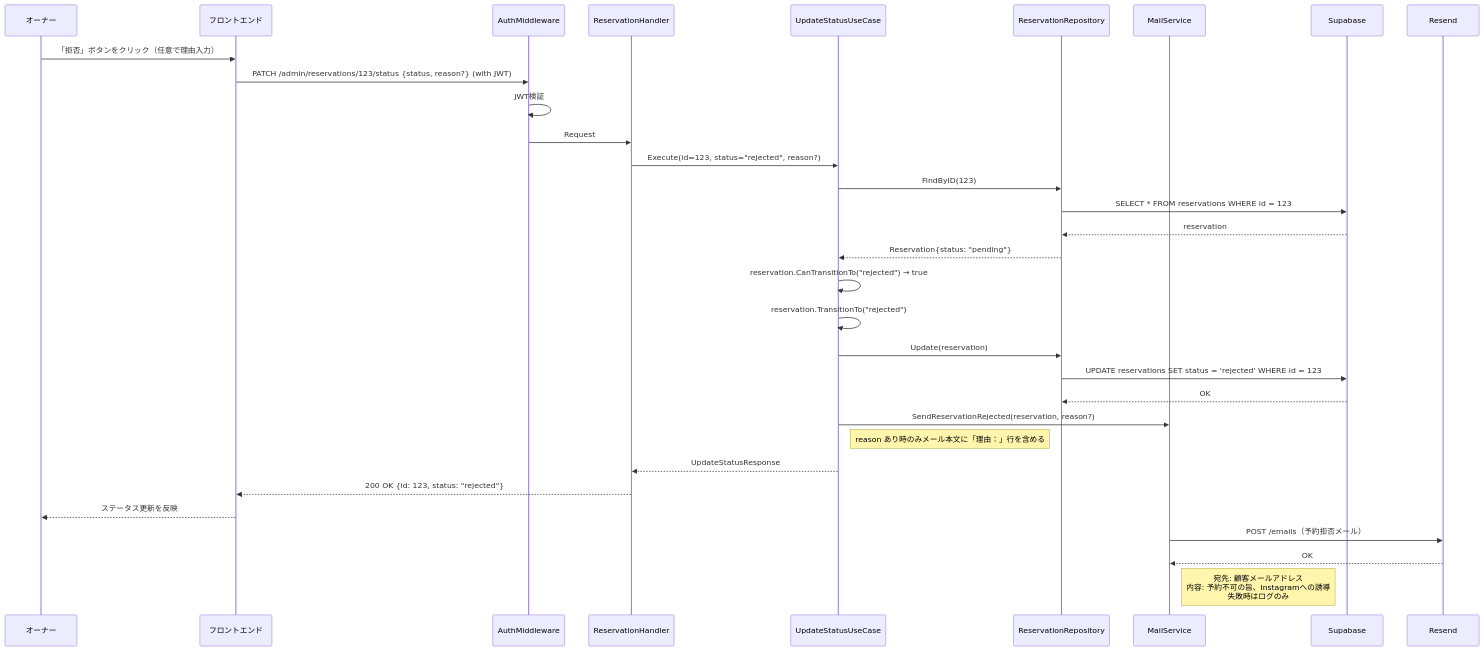
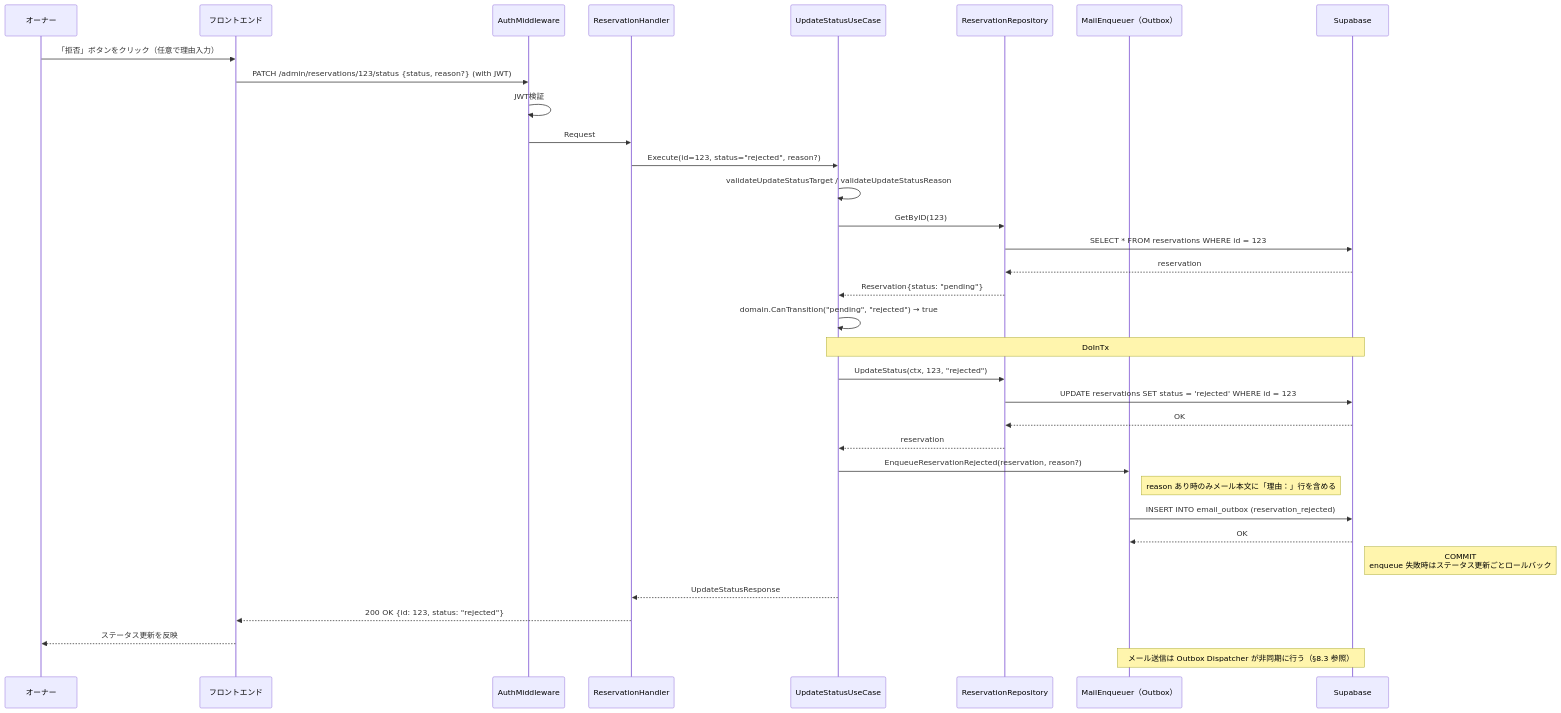
One commit to cergijame101007/satehits changed the ninth of 15 diagrams in docs/sequence.md. Above: the diagram before and after it, drawn with Mermaid. The commit also changed other lines of this file and 5 other files, not shown here.

````diff
--- a/docs/sequence.md
+++ b/docs/sequence.md
@@ -340,42 +392,46 @@
 ```mermaid
 sequenceDiagram
     participant Owner as オーナー
     participant Frontend as フロントエンド
     participant Middleware as AuthMiddleware
     participant Handler as ReservationHandler
     participant UseCase as UpdateStatusUseCase
     participant ReservationRepo as ReservationRepository
-    participant MailService as MailService
+    participant Outbox as MailEnqueuer（Outbox）
     participant DB as Supabase
-    participant Resend as Resend
 
     Owner->>Frontend: 「拒否」ボタンをクリック（任意で理由入力）
     Frontend->>Middleware: PATCH /admin/reservations/123/status {status, reason?} (with JWT)
     
     Middleware->>Middleware: JWT検証
     Middleware->>Handler: Request
     
     Handler->>UseCase: Execute(id=123, status="rejected", reason?)
     
-    UseCase->>ReservationRepo: FindByID(123)
+    UseCase->>UseCase: validateUpdateStatusTarget / validateUpdateStatusReason
+    
+    UseCase->>ReservationRepo: GetByID(123)
     ReservationRepo->>DB: SELECT * FROM reservations WHERE id = 123
     DB-->>ReservationRepo: reservation
     ReservationRepo-->>UseCase: Reservation{status: "pending"}
     
-    UseCase->>UseCase: reservation.CanTransitionTo("rejected") → true
-    UseCase->>UseCase: reservation.TransitionTo("rejected")
+    UseCase->>UseCase: domain.CanTransition("pending", "rejected") → true
     
-    UseCase->>ReservationRepo: Update(reservation)
+    Note over UseCase,DB: DoInTx
+    UseCase->>ReservationRepo: UpdateStatus(ctx, 123, "rejected")
     ReservationRepo->>DB: UPDATE reservations SET status = 'rejected' WHERE id = 123
     DB-->>ReservationRepo: OK
+    ReservationRepo-->>UseCase: reservation
     
-    UseCase->>MailService: SendReservationRejected(reservation, reason?)
-    Note right of UseCase: reason あり時のみメール本文に「理由：」行を含める
+    UseCase->>Outbox: EnqueueReservationRejected(reservation, reason?)
+    Note right of Outbox: reason あり時のみメール本文に「理由：」行を含める
+    Outbox->>DB: INSERT INTO email_outbox (reservation_rejected)
+    DB-->>Outbox: OK
+    Note right of DB: COMMIT<br>enqueue 失敗時はステータス更新ごとロールバック
+    
     UseCase-->>Handler: UpdateStatusResponse
     Handler-->>Frontend: 200 OK {id: 123, status: "rejected"}
     Frontend-->>Owner: ステータス更新を反映
 
-    MailService->>Resend: POST /emails（予約拒否メール）
-    Resend-->>MailService: OK
-    Note right of MailService: 宛先: 顧客メールアドレス<br>内容: 予約不可の旨、Instagramへの誘導<br>失敗時はログのみ
+    Note over Outbox,DB: メール送信は Outbox Dispatcher が非同期に行う（§8.3 参照）
 ```
````
